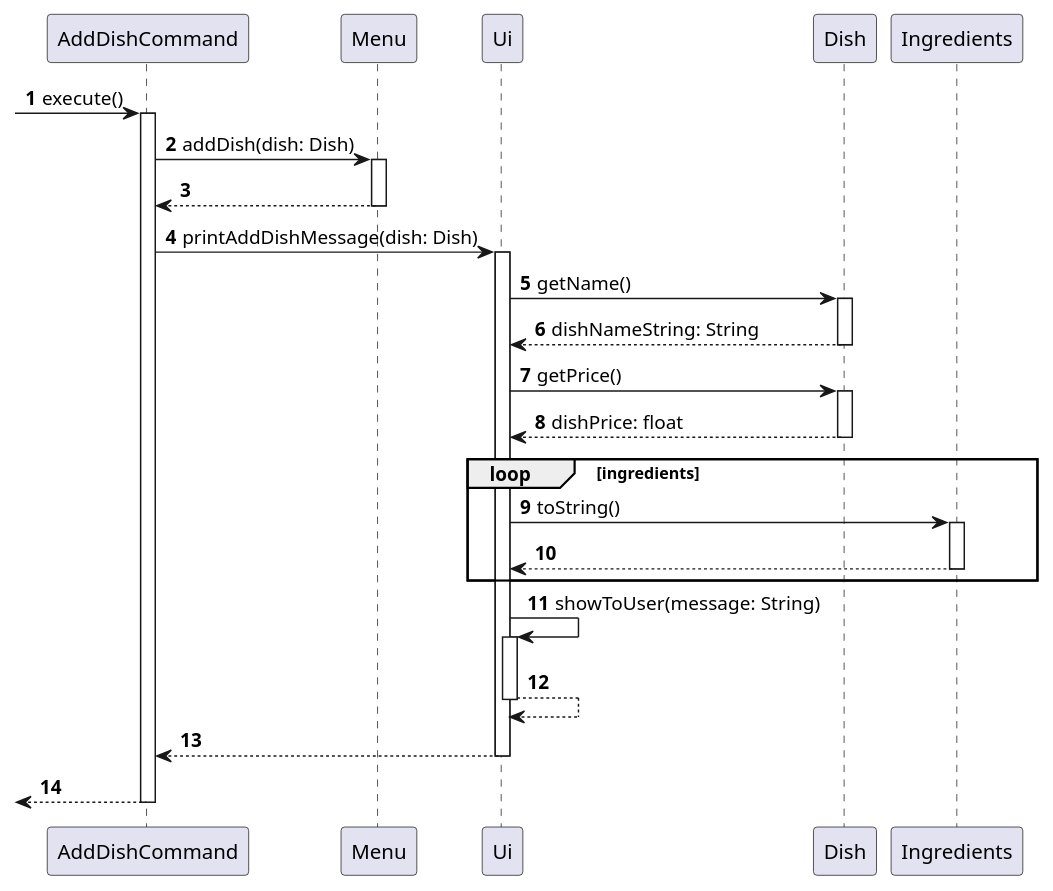
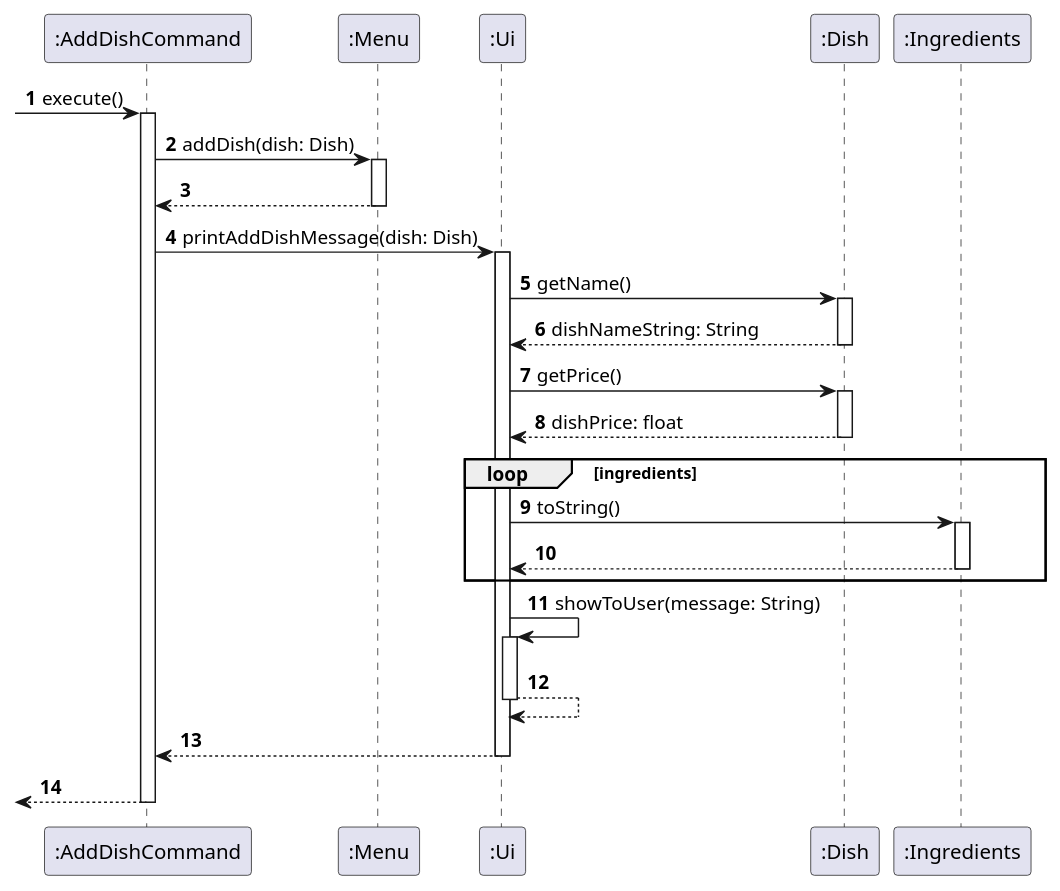
The diagram in docs/diagrams/sequence/AddDishCommand_execute.puml (nus-cs2113-AY2324S1/tp), drawn with PlantUML before and after one commit. The commit also changed 2 other files, not shown here.

Commit message:
Update AddDishCommand sequence diagram

```diff
--- a/docs/diagrams/sequence/AddDishCommand_execute.puml
+++ b/docs/diagrams/sequence/AddDishCommand_execute.puml
@@ -1,36 +1,36 @@
 @startuml
 'https://plantuml.com/sequence-diagram
 autonumber
 
--> AddDishCommand: execute()
-activate AddDishCommand
-AddDishCommand -> Menu: addDish(dish: Dish)
-activate Menu
+-> ":AddDishCommand": execute()
+activate ":AddDishCommand"
+":AddDishCommand" -> ":Menu": addDish(dish: Dish)
+activate ":Menu"
 return
-AddDishCommand -> Ui: printAddDishMessage(dish: Dish)
+":AddDishCommand" -> ":Ui": printAddDishMessage(dish: Dish)
 
 
-activate Ui
-Ui -> Dish: getName()
-activate Dish
-Dish --> Ui: dishNameString: String
-deactivate Dish
-Ui -> Dish: getPrice()
-activate Dish
-Dish --> Ui: dishPrice: float
-deactivate Dish
+activate ":Ui"
+":Ui" -> ":Dish": getName()
+activate ":Dish"
+":Dish" --> ":Ui": dishNameString: String
+deactivate ":Dish"
+":Ui" -> ":Dish": getPrice()
+activate ":Dish"
+":Dish" --> ":Ui": dishPrice: float
+deactivate ":Dish"
 
 loop ingredients
-Ui -> Ingredients: toString()
-activate Ingredients
-Ingredients --> Ui
-deactivate Ingredients
+":Ui" -> ":Ingredients": toString()
+activate ":Ingredients"
+":Ingredients" --> ":Ui"
+deactivate ":Ingredients"
 end loop
 
-Ui -> Ui: showToUser(message: String)
-activate Ui
+":Ui" -> ":Ui": showToUser(message: String)
+activate ":Ui"
 return
 return
 return
 
 @enduml
```
